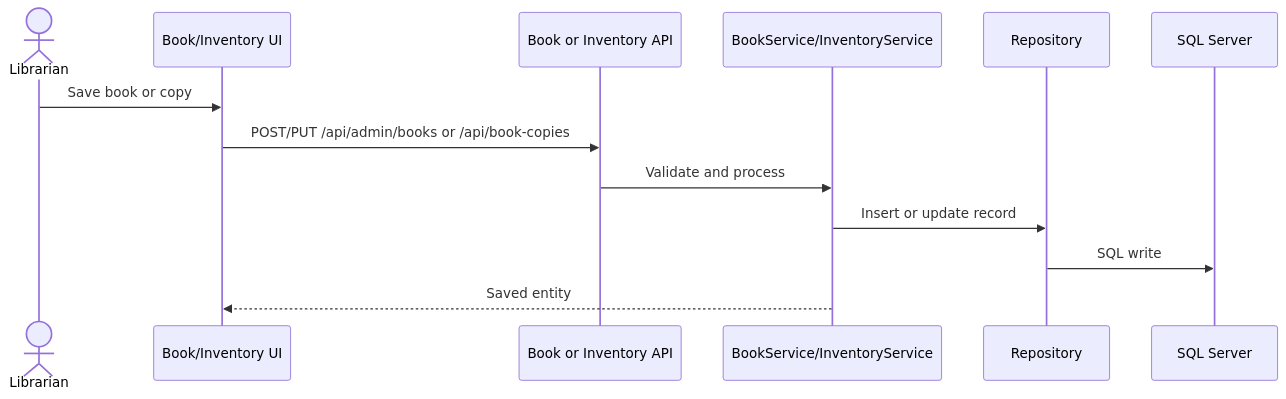
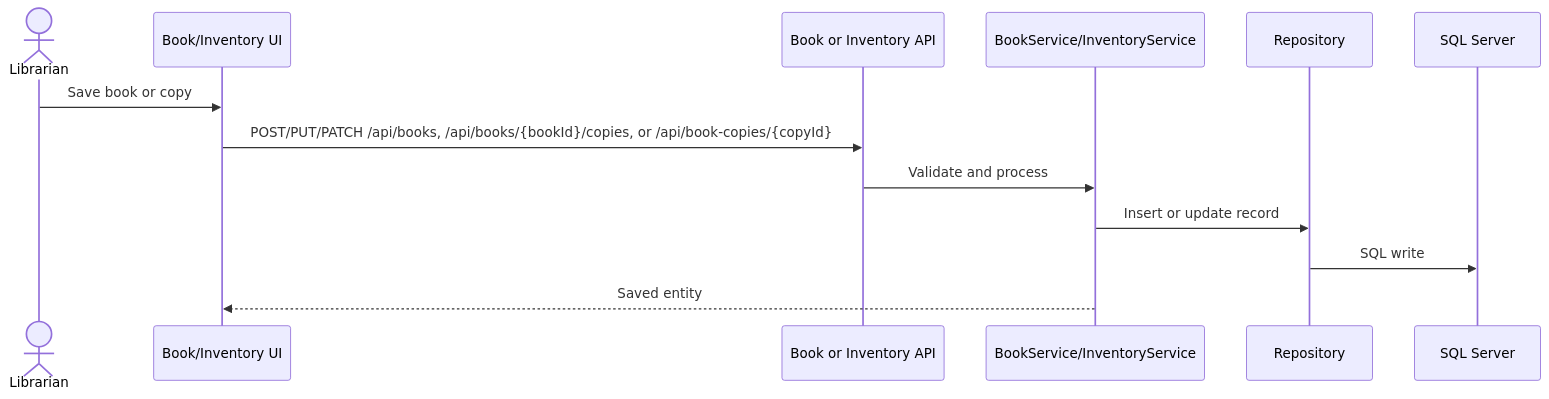
One commit to SWP391-LibraryManagement/LibraryManagement changed diagram 12 of 22 in document/SDS.md. Above: the diagram before and after it, drawn with Mermaid. The commit also changed other lines of this file and 1 other file, not shown here.

````diff
--- a/document/SDS.md
+++ b/document/SDS.md
@@ -660,15 +674,15 @@
 ```mermaid
 sequenceDiagram
   actor Librarian
   participant UI as Book/Inventory UI
   participant API as Book or Inventory API
   participant S as BookService/InventoryService
   participant R as Repository
   participant DB as SQL Server
   Librarian->>UI: Save book or copy
-  UI->>API: POST/PUT /api/admin/books or /api/book-copies
+  UI->>API: POST/PUT/PATCH /api/books, /api/books/{bookId}/copies, or /api/book-copies/{copyId}
   API->>S: Validate and process
   S->>R: Insert or update record
   R->>DB: SQL write
   S-->>UI: Saved entity
 ```
````
